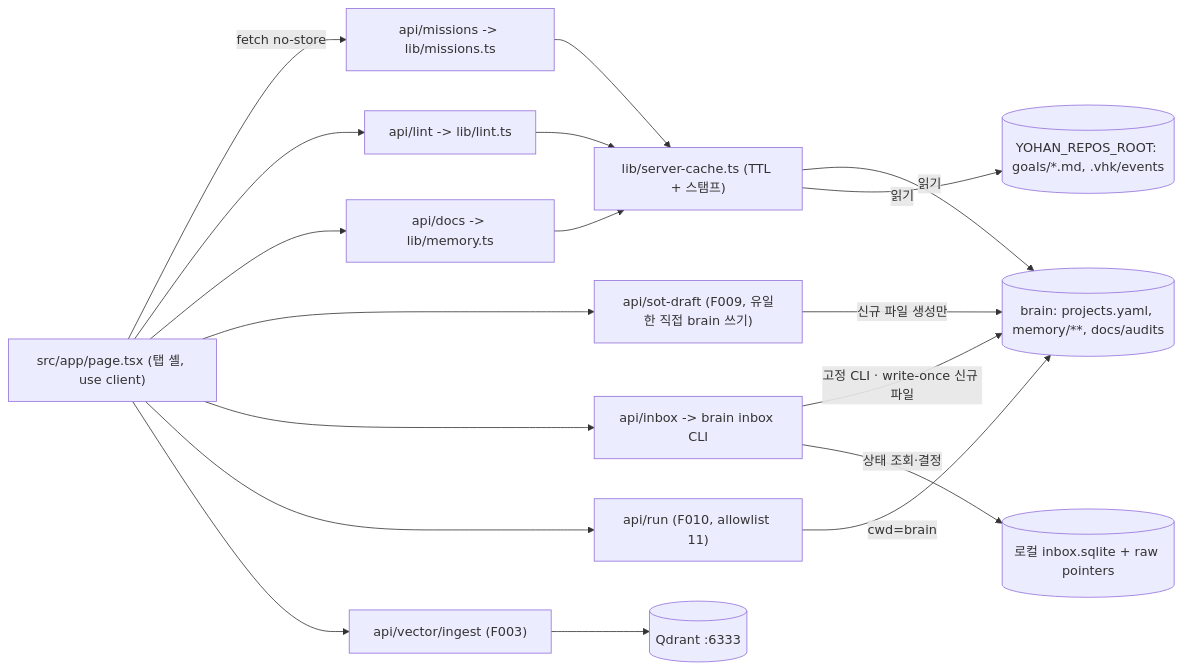
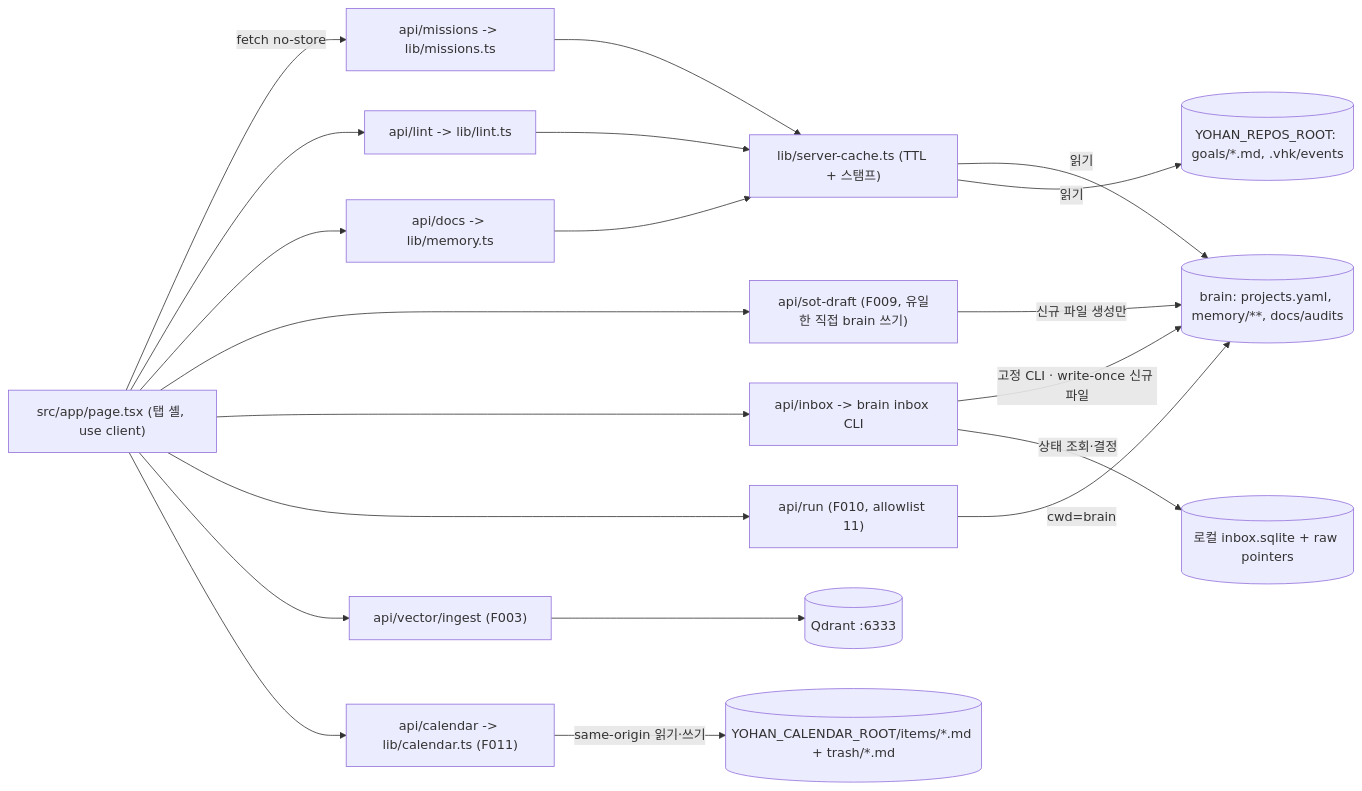
One commit to byh3071-cpu/yohan-control-tower changed the diagram in docs/ARCHITECTURE.md. Above: the diagram before and after it, drawn with Mermaid. The commit also changed other lines of this file and 87 other files, not shown here.

````diff
--- a/docs/ARCHITECTURE.md
+++ b/docs/ARCHITECTURE.md
@@ -77,33 +81,37 @@
 ```mermaid
 flowchart LR
   UI["src/app/page.tsx (탭 셸, use client)"]
   M["api/missions -> lib/missions.ts"]
   L["api/lint -> lib/lint.ts"]
   D["api/docs -> lib/memory.ts"]
   S["api/sot-draft (F009, 유일한 직접 brain 쓰기)"]
   I["api/inbox -> brain inbox CLI"]
   R["api/run (F010, allowlist 11)"]
   V["api/vector/ingest (F003)"]
+  C["api/calendar -> lib/calendar.ts (F011)"]
   CACHE["lib/server-cache.ts (TTL + 스탬프)"]
   BRAIN[("brain: projects.yaml, memory/**, docs/audits")]
   INBOX[("로컬 inbox.sqlite + raw pointers")]
   REPOS[("YOHAN_REPOS_ROOT: goals/*.md, .vhk/events")]
   Q[("Qdrant :6333")]
+  CAL[("YOHAN_CALENDAR_ROOT/items/*.md + trash/*.md")]
   UI -->|fetch no-store| M
   UI --> L
   UI --> D
   UI --> S
   UI --> I
   UI --> R
   UI --> V
+  UI --> C
   M --> CACHE
   L --> CACHE
   D --> CACHE
   CACHE -->|읽기| BRAIN
   CACHE -->|읽기| REPOS
   R -->|cwd=brain| BRAIN
   S -->|신규 파일 생성만| BRAIN
   I -->|고정 CLI · write-once 신규 파일| BRAIN
   I -->|상태 조회·결정| INBOX
   V --> Q
+  C -->|same-origin 읽기·쓰기| CAL
 ```
````
